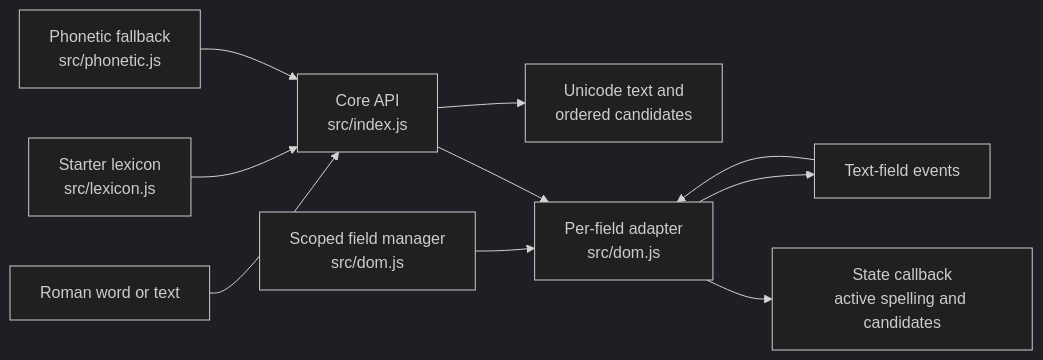
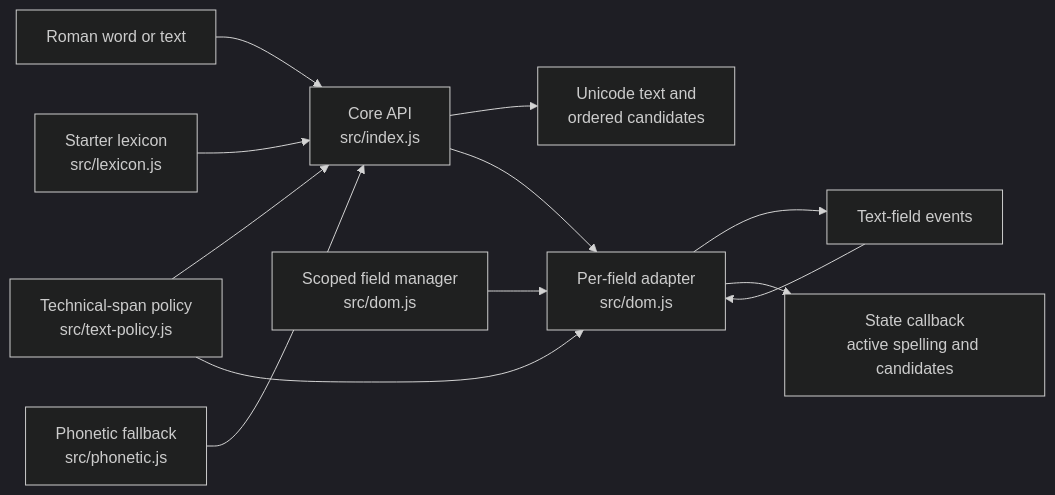
One commit to ojastechnologies/sahajlipi changed the diagram in docs/package/architecture.md. Above: the diagram before and after it, drawn with Mermaid (dark theme). The commit also changed other lines of this file and 23 other files, not shown here.

````diff
--- a/docs/package/architecture.md
+++ b/docs/package/architecture.md
@@ -9,12 +9,14 @@
 ```mermaid
 flowchart LR
   A[Roman word or text] --> B[Core API<br/>src/index.js]
   L[Starter lexicon<br/>src/lexicon.js] --> B
   P[Phonetic fallback<br/>src/phonetic.js] --> B
+  T[Technical-span policy<br/>src/text-policy.js] --> B
+  T --> E
   B --> C[Unicode text and<br/>ordered candidates]
   M[Scoped field manager<br/>src/dom.js] --> E[Per-field adapter<br/>src/dom.js]
   D[Text-field events] --> E
   B --> E
   E --> D
   E --> F[State callback<br/>active spelling and candidates]
 ```
````
